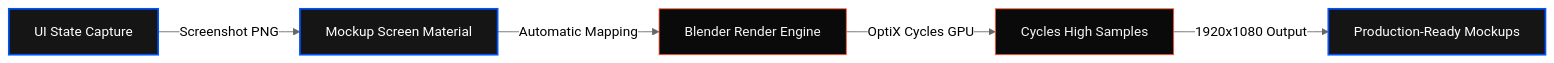
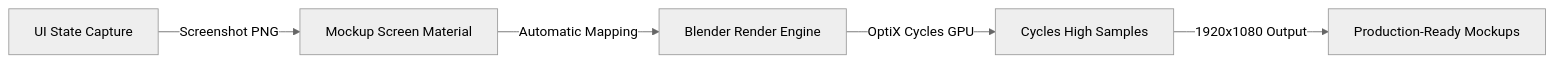
The diagram in README.md (sasyevadam01/vibecoder-kit-survival), drawn with Mermaid (neutral theme) before and after one commit.

Commit message:
fix: simplify Mermaid diagram syntax to ensure perfect rendering on GitHub

````diff
--- a/README.md
+++ b/README.md
@@ -38,10 +38,7 @@
 ```mermaid
 flowchart LR
-    classDef primary fill:#151515,stroke:#0052FF,stroke-width:2px,color:#fff;
-    classDef secondary fill:#0A0A0A,stroke:#FF5733,stroke-width:1px,color:#f4f4f0;
-
-    A[UI State Capture]:::primary -->|Screenshot PNG| B[Mockup Screen Material]:::primary
-    B -->|Automatic Mapping| C[Blender Render Engine]:::secondary
-    C -->|OptiX Cycles GPU| D[Cycles High Samples]:::secondary
-    D -->|1920x1080 Output| E[Production-Ready Mockups]:::primary
+    A[UI State Capture] -->|Screenshot PNG| B[Mockup Screen Material]
+    B -->|Automatic Mapping| C[Blender Render Engine]
+    C -->|OptiX Cycles GPU| D[Cycles High Samples]
+    D -->|1920x1080 Output| E[Production-Ready Mockups]
 ```
````
